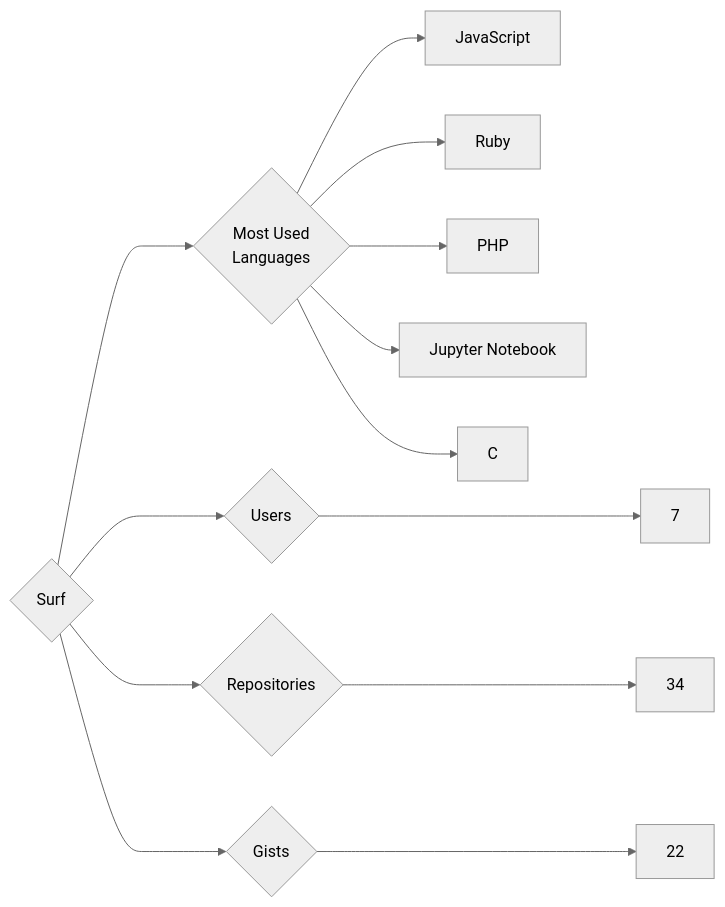
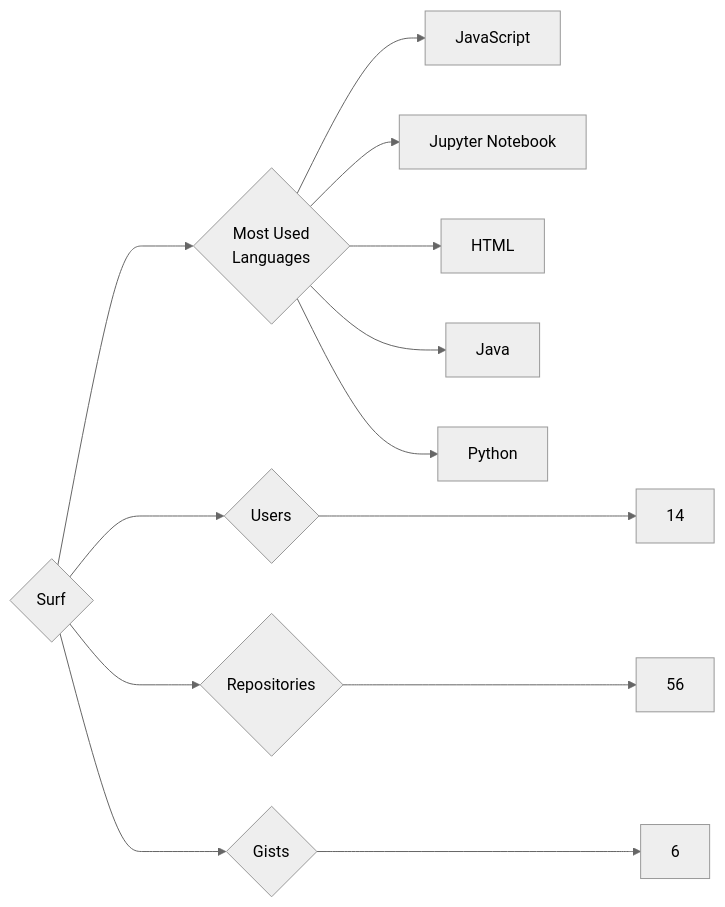
One commit to trickest/insiders changed the diagram in targets/Surf/README.md. Above: the diagram before and after it, drawn with Mermaid (neutral theme). The commit also changed 970 other files, not shown here.

````diff
--- a/targets/Surf/README.md
+++ b/targets/Surf/README.md
@@ -3,13 +3,13 @@
 ```mermaid
 graph LR
 COMPANY_NAME{Surf}
-COMPANY_NAME ---> U{Users} ---> UN[7]
-COMPANY_NAME ---> R{Repositories} ---> RN[34]
-COMPANY_NAME ---> G{Gists} ---> GN[22]
+COMPANY_NAME ---> U{Users} ---> UN[14]
+COMPANY_NAME ---> R{Repositories} ---> RN[56]
+COMPANY_NAME ---> G{Gists} ---> GN[6]
 COMPANY_NAME ---> ML{Most Used<br>Languages}
 ML --> JavaScript[JavaScript]
-ML --> Ruby[Ruby]
-ML --> PHP[PHP]
 ML --> Jupyter_Notebook[Jupyter Notebook]
-ML --> C[C]
+ML --> HTML[HTML]
+ML --> Java[Java]
+ML --> Python[Python]
 ```
````
